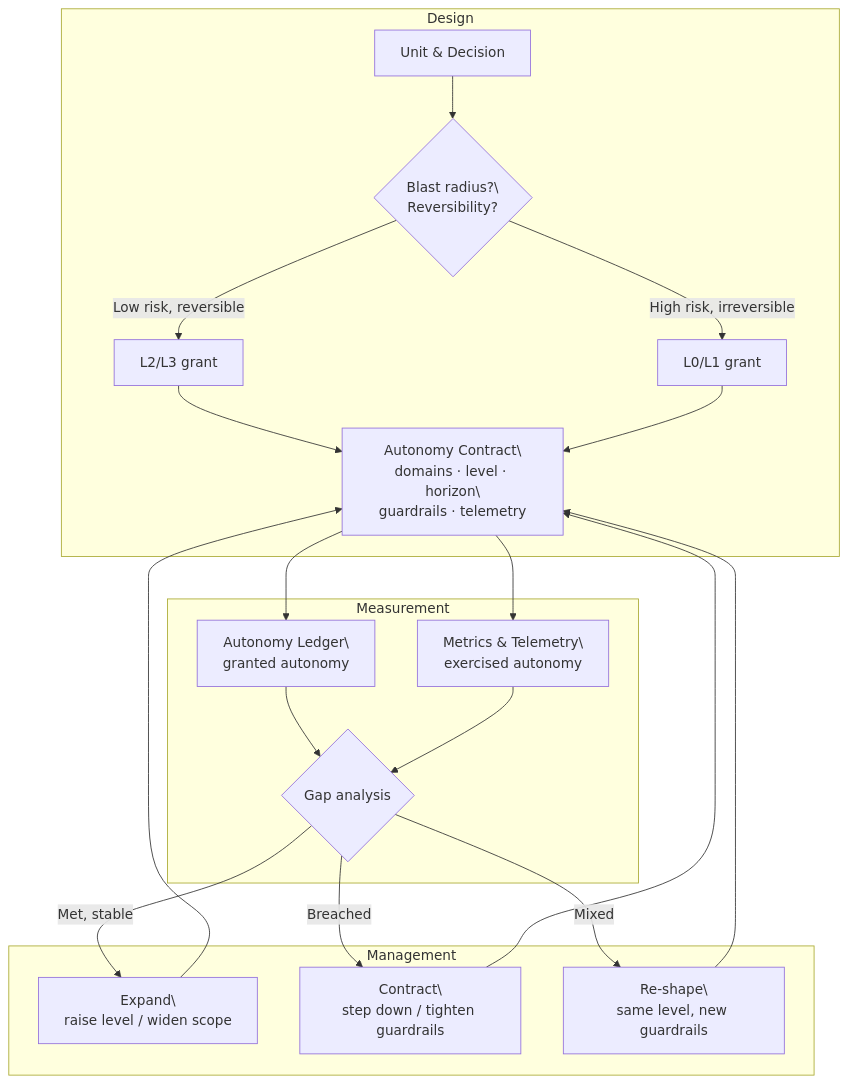
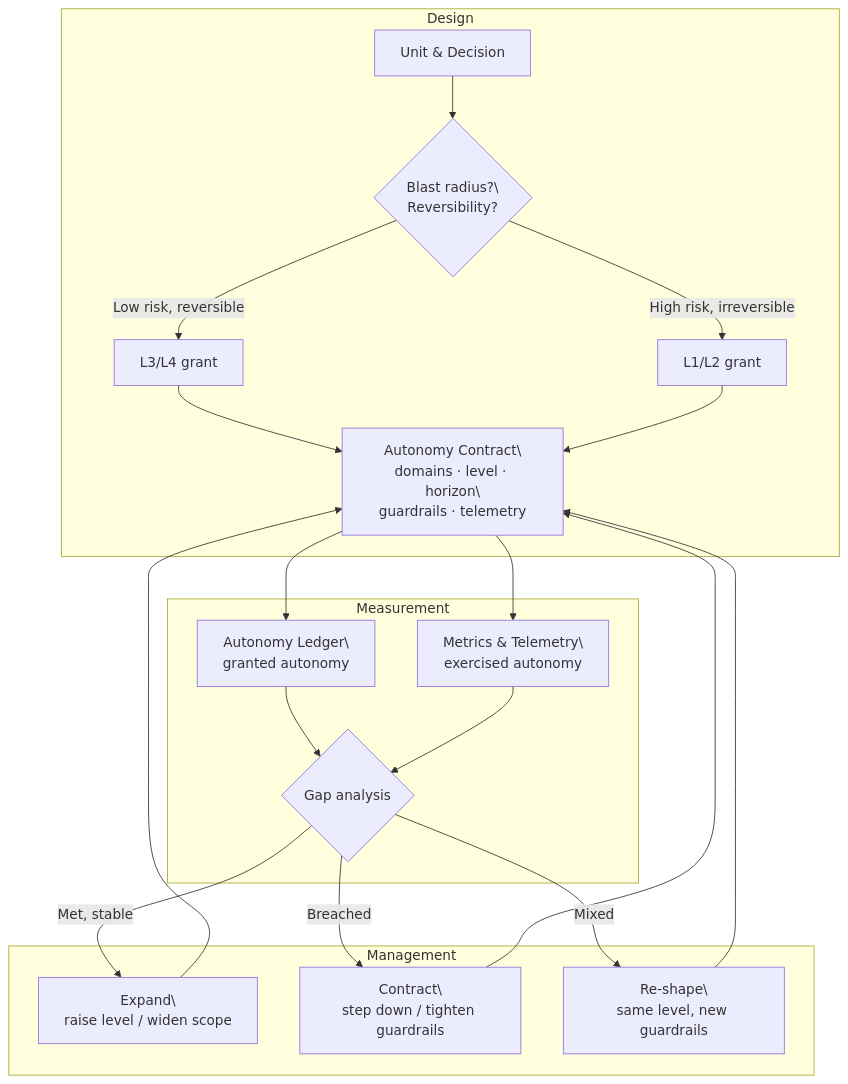
One commit to emmanuel-a-otchere/MeasuringAndManagingAutonomy changed the diagram in docs/framework.md. Above: the diagram before and after it, drawn with Mermaid. The commit also changed other lines of this file and 21 other files, not shown here.

````diff
--- a/docs/framework.md
+++ b/docs/framework.md
@@ -130,24 +138,24 @@
 ```mermaid
 flowchart TD
     subgraph Design
         A[Unit & Decision] --> B{Blast radius?\\nReversibility?}
-        B -->|Low risk, reversible| H[L2/L3 grant]
-        B -->|High risk, irreversible| G[L0/L1 grant]
+        B -->|Low risk, reversible| H[L3/L4 grant]
+        B -->|High risk, irreversible| G[L1/L2 grant]
         H --> C[Autonomy Contract\\ndomains · level · horizon\\nguardrails · telemetry]
         G --> C
     end
     subgraph Measurement
         C --> D[Autonomy Ledger\\ngranted autonomy]
         C --> E[Metrics & Telemetry\\nexercised autonomy]
         D --> F{Gap analysis}
         E --> F
     end
     subgraph Management
         F -->|Met, stable| X[Expand\\nraise level / widen scope]
         F -->|Breached| Y[Contract\\nstep down / tighten guardrails]
         F -->|Mixed| Z[Re-shape\\nsame level, new guardrails]
         X --> C
         Y --> C
         Z --> C
     end
 ```
````
